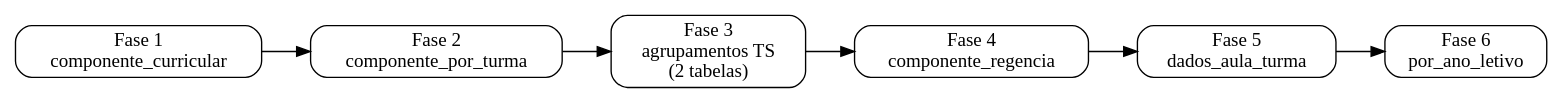
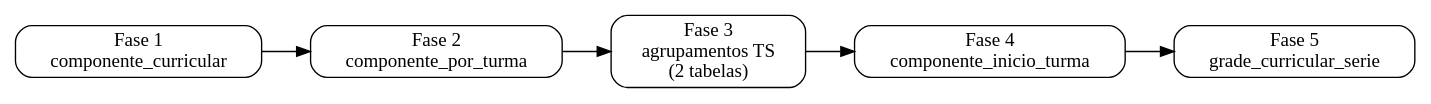
The diagram in docs/dominios/pedagogico/ordem_carga.md (prefeiturasp/SME-IntegracaoEOL-MS-ETL), drawn with Graphviz before and after one commit. The commit also changed other lines of this file and 12 other files, not shown here.

````diff
--- a/docs/dominios/pedagogico/ordem_carga.md
+++ b/docs/dominios/pedagogico/ordem_carga.md
@@ -29,15 +26,14 @@
 ```{graphviz}
 digraph G {
     rankdir=LR;
     node [shape=box, style="rounded"];
 
     F1 [label="Fase 1\ncomponente_curricular"];
     F2 [label="Fase 2\ncomponente_por_turma"];
     F3 [label="Fase 3\nagrupamentos TS\n(2 tabelas)"];
-    F4 [label="Fase 4\ncomponente_regencia"];
-    F5 [label="Fase 5\ndados_aula_turma"];
-    F6 [label="Fase 6\npor_ano_letivo"];
+    F4 [label="Fase 4\ncomponente_inicio_turma"];
+    F5 [label="Fase 5\ngrade_curricular_serie"];
 
-    F1 -> F2 -> F3 -> F4 -> F5 -> F6;
+    F1 -> F2 -> F3 -> F4 -> F5;
 }
 ```
````
